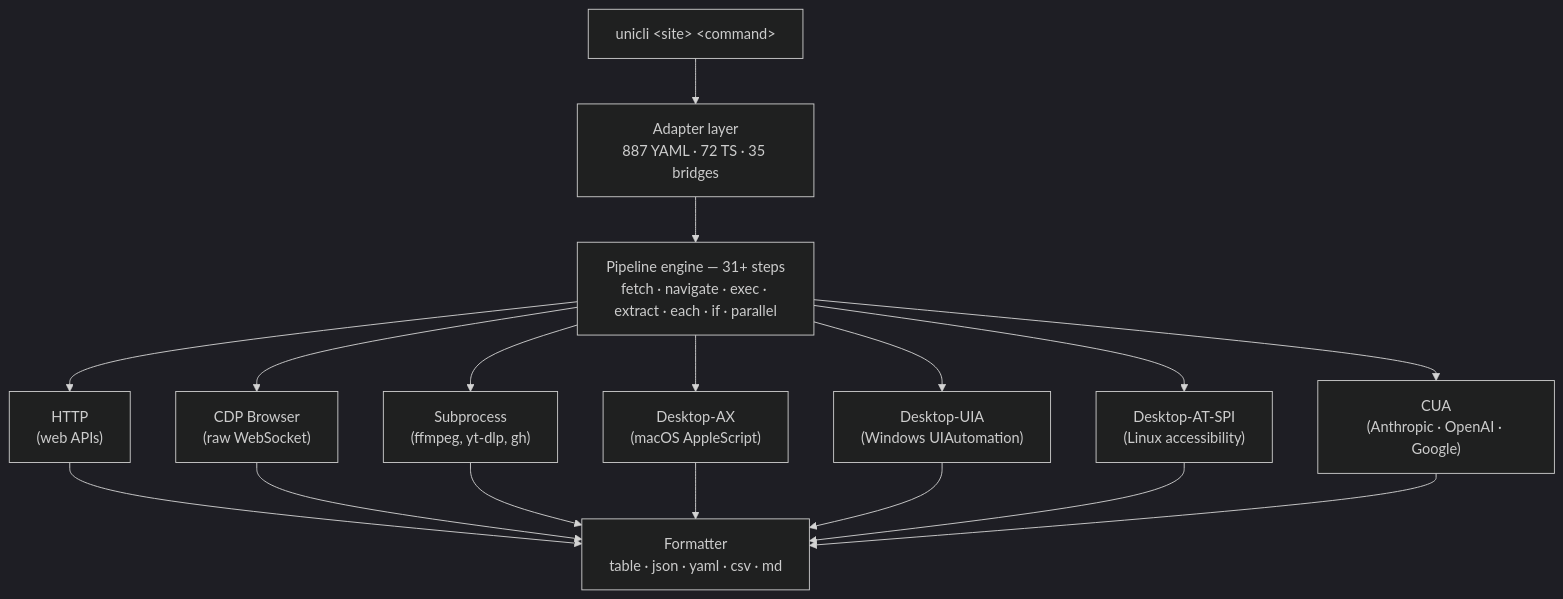
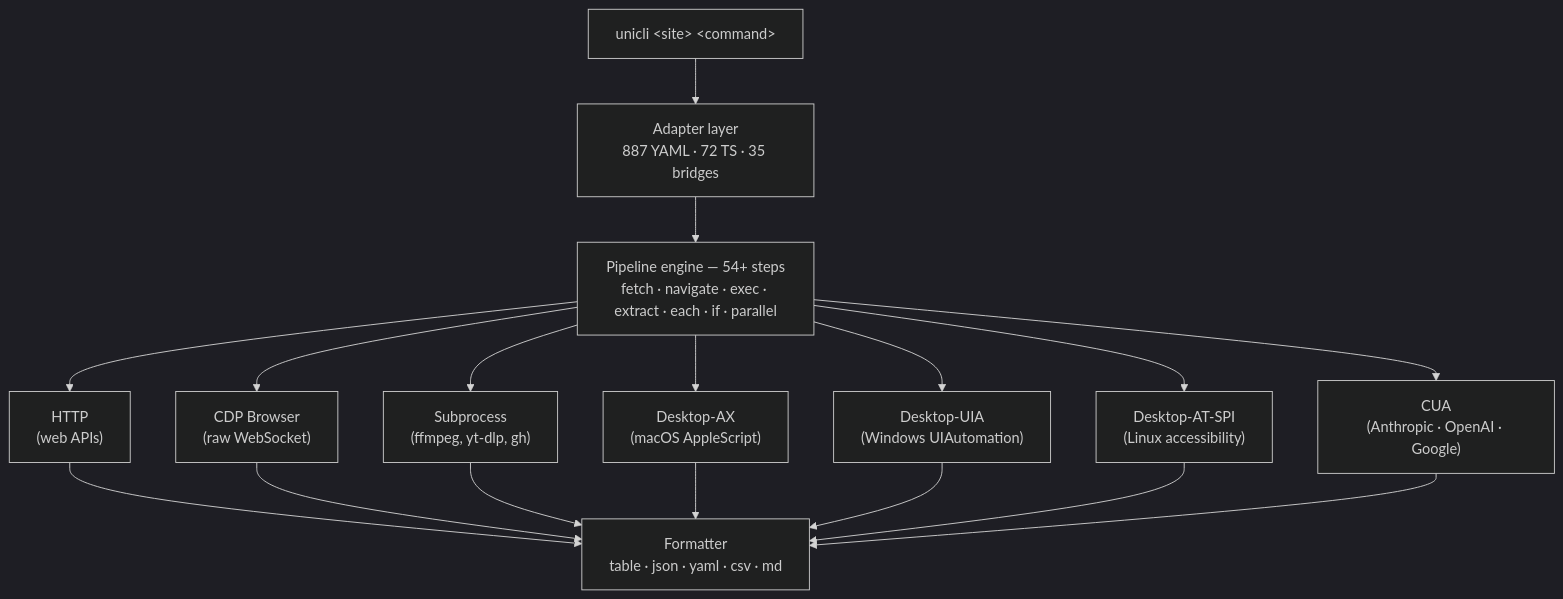
Before and after one commit to olo-dot-io/Uni-CLI: the diagram in README.md, drawn with Mermaid (dark theme). The commit also changed other lines of this file and 3 other files, not shown here.

First line of the commit message:
docs: v0.212.1 CHANGELOG + ROADMAP v0.213 deferred items

````diff
--- a/README.md
+++ b/README.md
@@ -79,24 +79,24 @@
 ```mermaid
 graph TB
     CMD["unicli &lt;site&gt; &lt;command&gt;"]
 
     CMD --> ADAPT["Adapter layer<br/>887 YAML · 72 TS · 35 bridges"]
 
-    ADAPT --> ENGINE["Pipeline engine — <!-- STATS:pipeline_step_count -->31<!-- /STATS -->+ steps<br/>fetch · navigate · exec · extract · each · if · parallel"]
+    ADAPT --> ENGINE["Pipeline engine — <!-- STATS:pipeline_step_count -->54<!-- /STATS -->+ steps<br/>fetch · navigate · exec · extract · each · if · parallel"]
 
     ENGINE --> T1["HTTP<br/>(web APIs)"]
     ENGINE --> T2["CDP Browser<br/>(raw WebSocket)"]
     ENGINE --> T3["Subprocess<br/>(ffmpeg, yt-dlp, gh)"]
     ENGINE --> T4["Desktop-AX<br/>(macOS AppleScript)"]
     ENGINE --> T5["Desktop-UIA<br/>(Windows UIAutomation)"]
     ENGINE --> T6["Desktop-AT-SPI<br/>(Linux accessibility)"]
     ENGINE --> T7["CUA<br/>(Anthropic · OpenAI · Google)"]
 
     T1 --> OUT["Formatter<br/>table · json · yaml · csv · md"]
     T2 --> OUT
     T3 --> OUT
     T4 --> OUT
     T5 --> OUT
     T6 --> OUT
     T7 --> OUT
 ```
````
